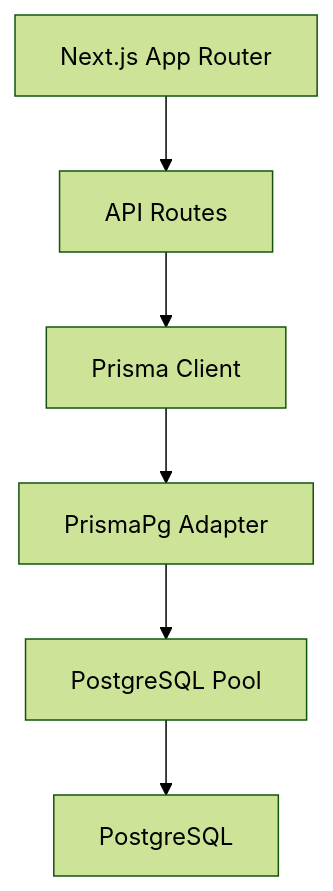
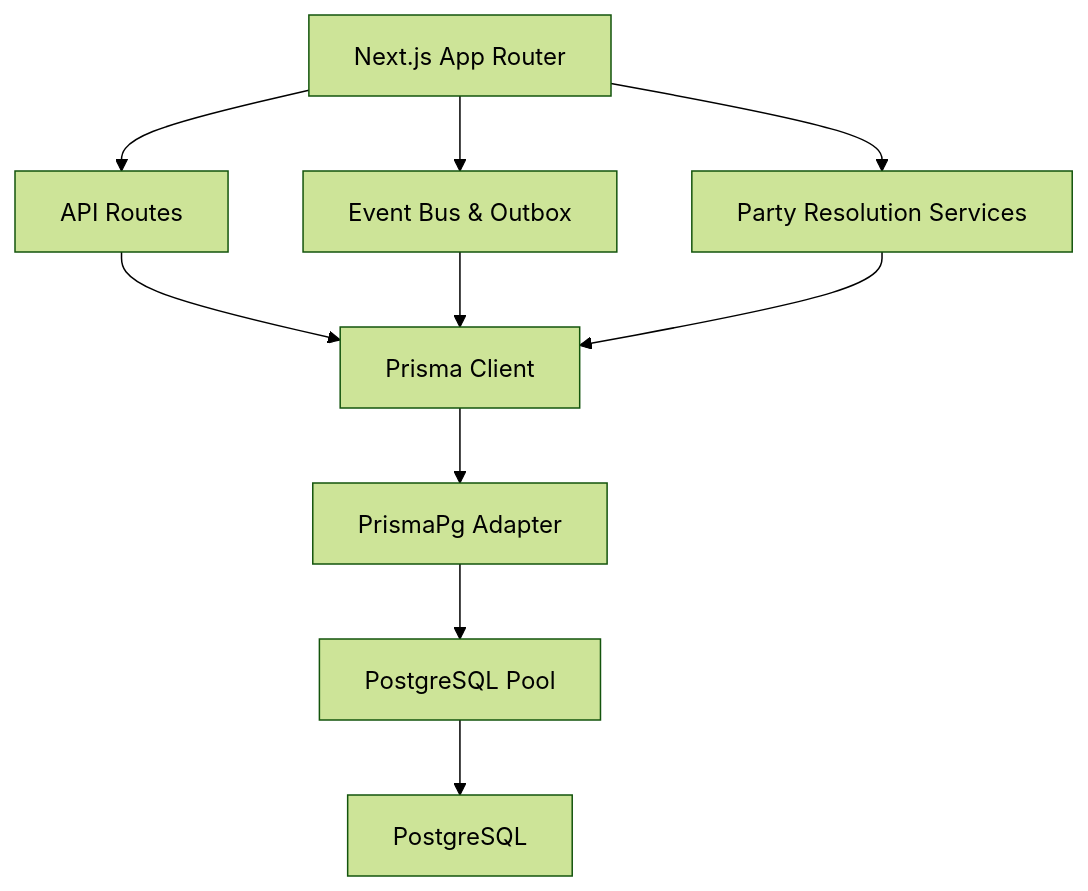
The second of 6 diagrams in .qoder/repowiki/en/content/Database Design/Database Design.md (nzey11/erp-new), drawn with Mermaid (forest theme) before and after one commit. The commit also changed other lines of this file and 6 other files, not shown here.

````diff
--- a/.qoder/repowiki/en/content/Database Design/Database Design.md
+++ b/.qoder/repowiki/en/content/Database Design/Database Design.md
@@ -136,14 +180,20 @@
 ```mermaid
 graph TB
 APP["Next.js App Router"]
 API["API Routes"]
+EVENT_BUS["Event Bus & Outbox"]
+PARTY_RESOLVER["Party Resolution Services"]
 PRISMA["Prisma Client"]
 ADAPTER["PrismaPg Adapter"]
 POOL["PostgreSQL Pool"]
 PG["PostgreSQL"]
 APP --> API
+APP --> EVENT_BUS
+APP --> PARTY_RESOLVER
 API --> PRISMA
+EVENT_BUS --> PRISMA
+PARTY_RESOLVER --> PRISMA
 PRISMA --> ADAPTER
 ADAPTER --> POOL
 POOL --> PG
 ```
````
